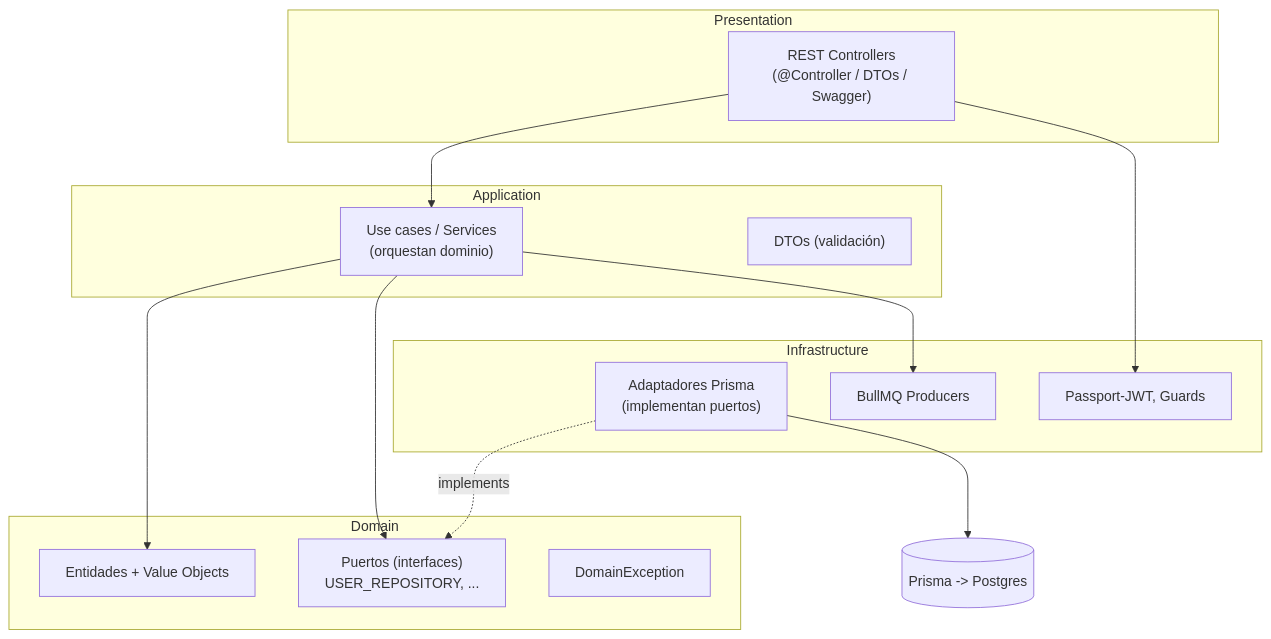
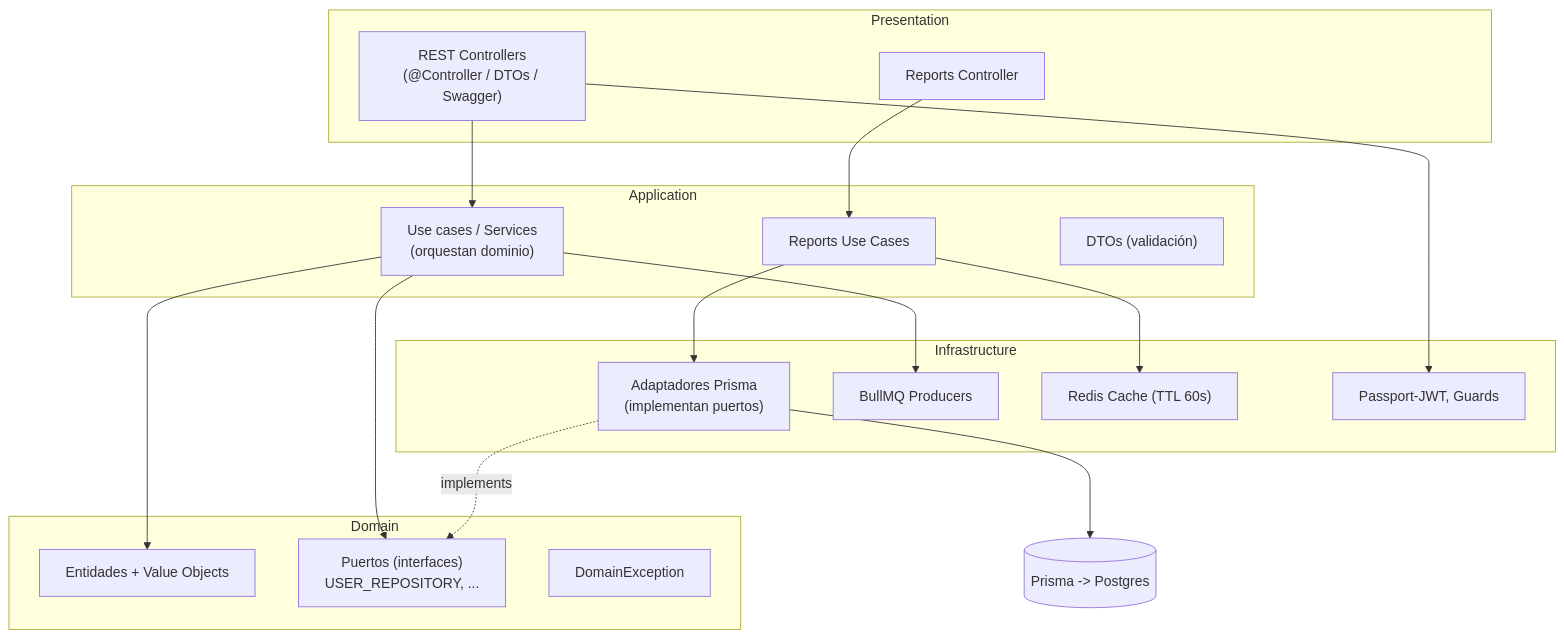
The third of 6 diagrams in docs/ARCHITECTURE.md (JuanPar063/proyecto-back-bd2), drawn with Mermaid before and after one commit. The commit also changed other lines of this file and 14 other files, not shown here.

````diff
--- a/docs/ARCHITECTURE.md
+++ b/docs/ARCHITECTURE.md
@@ -159,28 +159,43 @@
 ```mermaid
 flowchart TB
+
   subgraph Presentation
     Ctrl["REST Controllers<br/>(@Controller / DTOs / Swagger)"]
+    ReportsCtrl["Reports Controller"]
   end
+
   subgraph Application
     UC["Use cases / Services<br/>(orquestan dominio)"]
+    ReportsUC["Reports Use Cases"]
     DTOS["DTOs (validación)"]
   end
+
   subgraph Domain
     Ent["Entidades + Value Objects"]
     Ports["Puertos (interfaces)<br/>USER_REPOSITORY, ..."]
     DomEx["DomainException"]
   end
+
   subgraph Infrastructure
     PrismaR["Adaptadores Prisma<br/>(implementan puertos)"]
     Bull["BullMQ Producers"]
+    Cache["Redis Cache (TTL 60s)"]
     JwtImpl["Passport-JWT, Guards"]
   end
 
   Ctrl --> UC
+  ReportsCtrl --> ReportsUC
+
   UC --> Ports
+  ReportsUC --> PrismaR
+  ReportsUC --> Cache
+
   PrismaR -.implements.-> Ports
+
   UC --> Ent
   UC --> Bull
+
   Ctrl --> JwtImpl
+
   PrismaR --> PG[("Prisma -> Postgres")]
 ```
````
